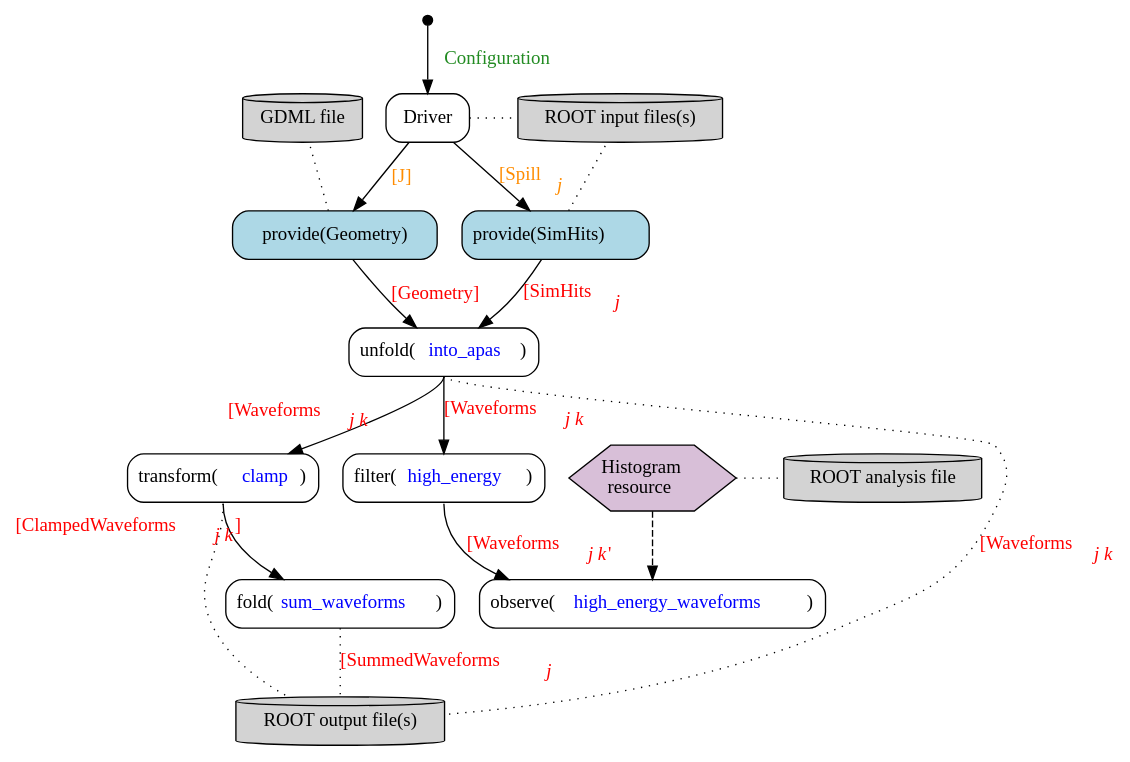
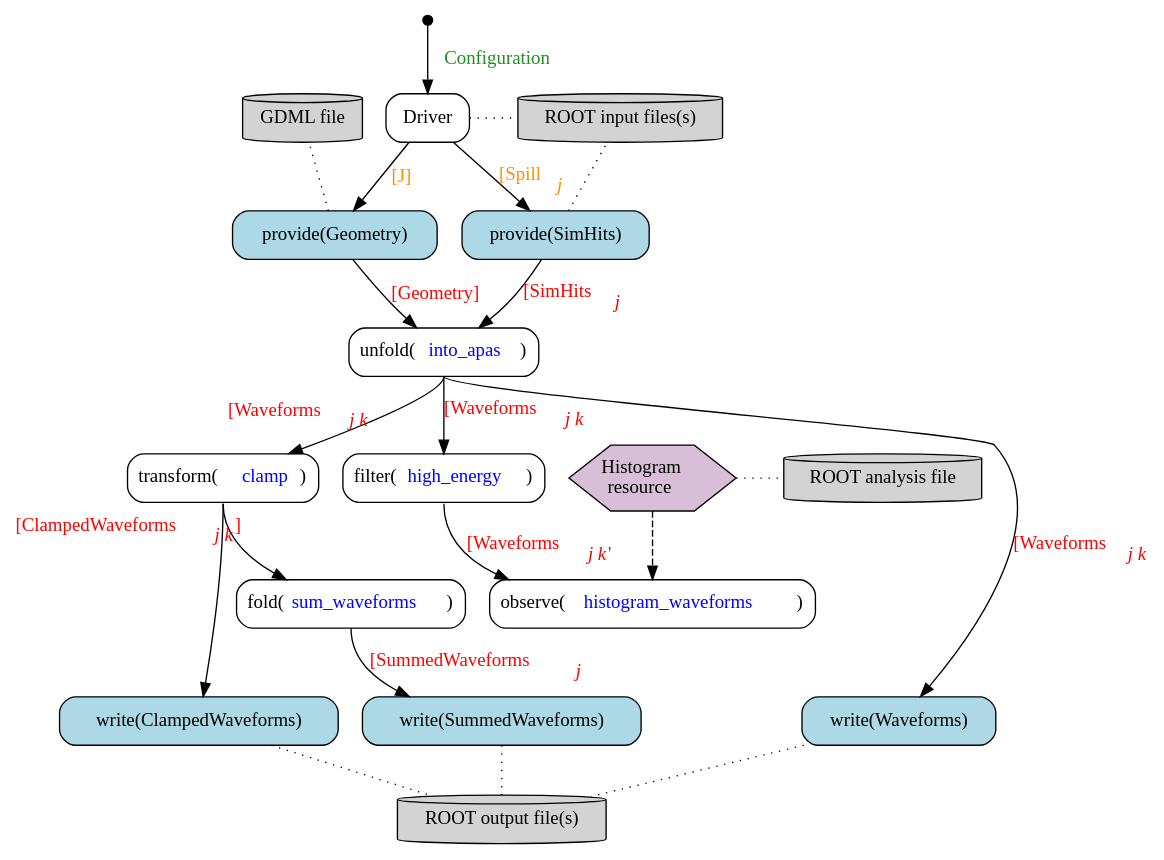
Before and after one commit to Framework-R-D/phlex-design: the diagram in doc/graphviz/work-flow.gv, drawn with Graphviz.

Commit message:
Add writers to work-flow graph; change observer algorithm name

```diff
--- a/doc/graphviz/work-flow.gv
+++ b/doc/graphviz/work-flow.gv
@@ -1,65 +1,75 @@
 digraph {
   node [shape="box", style="rounded"]
   edge [fontcolor="red"];
 
   start [shape="point", width=0.1]
   unfold [label=<unfold(<font color="blue">into_apas</font>)>]
   transform [label=<transform(<font color="blue">clamp</font>)>]
   fold [label=<fold(<font color="blue">sum_waveforms</font>)>]
   filter [label=<filter(<font color="blue">high_energy</font>)>];
-  observer [label=<observe(<font color="blue">high_energy_waveforms</font>)>];
+  observer [label=<observe(<font color="blue">histogram_waveforms</font>)>];
   out [label="ROOT output file(s)", shape="cylinder", style="filled", fillcolor="lightgray"]
 
   {
     rank=same;
     resource [label=<Histogram<br/> resource>,
               shape=hexagon,
               style=filled,
               fillcolor=thistle,
               margin=0];
     root [label="ROOT analysis file", style=filled, shape=cylinder];
   }
 
   start -> driver [label=" Configuration", fontcolor="forestgreen"];
 
   {
     rank=same;
     gdml [label="GDML file", shape="cylinder", style="filled", fillcolor="lightgray"]
     driver [label="Driver"];
     input [label="ROOT input files(s)", shape="cylinder", style="filled", fillcolor="lightgray"];
   }
 
   driver -> input [style="dotted", arrowhead=none];
 
+  // Providers
   {
     rank=same;
-    geometry [label="provide(Geometry)", style="filled,rounded", fillcolor="lightblue"];
-    sim_hits_provider [label=<provide(SimHits)>, style="filled,rounded" fillcolor="lightblue"];
+    geometry_provider [label="provide(Geometry)", style="filled,rounded", fillcolor="lightblue"];
+    sim_hits_provider [label="provide(SimHits)", style="filled,rounded" fillcolor="lightblue"];
   }
 
-  driver -> geometry [label=" [J]", fontcolor="darkorange"];
+  driver -> geometry_provider [label=" [J]", fontcolor="darkorange"];
   driver -> sim_hits_provider [label=< [Spill<sub><i>j</i></sub>]>, fontcolor="darkorange"];
 
-  geometry -> gdml [style="dotted", arrowhead=none];
+  geometry_provider -> gdml [style="dotted", arrowhead=none];
   resource -> root [style="dotted", arrowhead=none];
 
   sim_hits_provider -> input [style="dotted", arrowhead=none];
   sim_hits_provider -> unfold [label=< [SimHits<sub><i>j</i></sub>]>];
-  geometry -> unfold [label=< [Geometry]>];
+  geometry_provider -> unfold [label=< [Geometry]>];
 
   unfold:s -> transform [xlabel=< [Waveforms<sub><i>j k</i></sub>]>];
   transform:s -> fold [taillabel=<[ClampedWaveforms<sub><i>j k</i></sub>] >,
                        labelangle=-80,
                        labeldistance=7
                       ];
 
-  unfold:s -> out [style="dotted", arrowhead=none, label=<[Waveforms<sub><i>j k</i></sub>]>];
-  transform:s -> out [style="dotted", arrowhead=none];
+  // Writers
+  {
+    rank=same;
+    waveforms_writer [label="write(Waveforms)", style="filled,rounded", fillcolor="lightblue"];
+    summed_waveforms_writer [label="write(SummedWaveforms)", style="filled,rounded", fillcolor="lightblue"];
+    clamped_waveforms_writer [label="write(ClampedWaveforms)", style="filled,rounded" fillcolor="lightblue"];
+  }
 
+  unfold:s -> waveforms_writer [label=<[Waveforms<sub><i>j k</i></sub>]>];
+  transform:s -> clamped_waveforms_writer;
+  fold:s -> summed_waveforms_writer [label=< [SummedWaveforms<sub><i>j</i></sub>]>];
+
+  {waveforms_writer, clamped_waveforms_writer, summed_waveforms_writer} -> out [style="dotted", arrowhead=none]
 
   unfold:s -> filter [label=< [Waveforms<sub><i>j k</i></sub>]>];
   filter:s -> observer [label=< [Waveforms<sub><i>j k</i> '</sub>]>];
   resource -> observer [style="dashed"];
 
-  fold:s -> out [style="dotted", arrowhead=none, label=< [SummedWaveforms<sub><i>j</i></sub>]>];
 }
```
